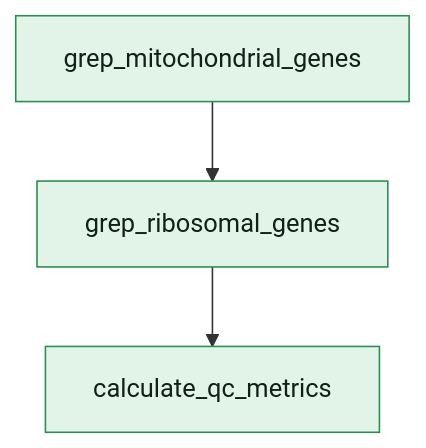
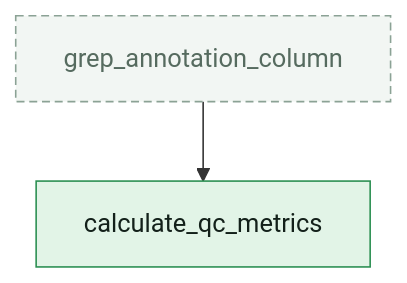
Before and after one commit to openpipelines-bio/openpipeline_docs: the diagram in reference/openpipeline/v4.2.0/workflows/qc/qc.qmd, drawn with Mermaid. The commit also changed other lines of this file and 40 other files, not shown here.

````diff
--- a/reference/openpipeline/v4.2.0/workflows/qc/qc.qmd
+++ b/reference/openpipeline/v4.2.0/workflows/qc/qc.qmd
@@ -125,11 +125,8 @@
 ```{mermaid}
 flowchart TB
-    v19["grep_mitochondrial_genes"]
-    v50["grep_ribosomal_genes"]
-    v81["calculate_qc_metrics"]
-    v19 --> v50
-    v50 --> v81
-    style v19 fill:#e2f4e7,stroke:#2b8f52,color:#13201a
-    style v50 fill:#e2f4e7,stroke:#2b8f52,color:#13201a
-    style v81 fill:#e2f4e7,stroke:#2b8f52,color:#13201a
+    c_metadata_grep_annotation_column["grep_annotation_column"]
+    c_qc_calculate_qc_metrics["calculate_qc_metrics"]
+    c_metadata_grep_annotation_column --> c_qc_calculate_qc_metrics
+    style c_metadata_grep_annotation_column fill:#f2f6f3,stroke:#8ba295,stroke-dasharray:5 3,color:#566b5f
+    style c_qc_calculate_qc_metrics fill:#e2f4e7,stroke:#2b8f52,color:#13201a
 ```
````
